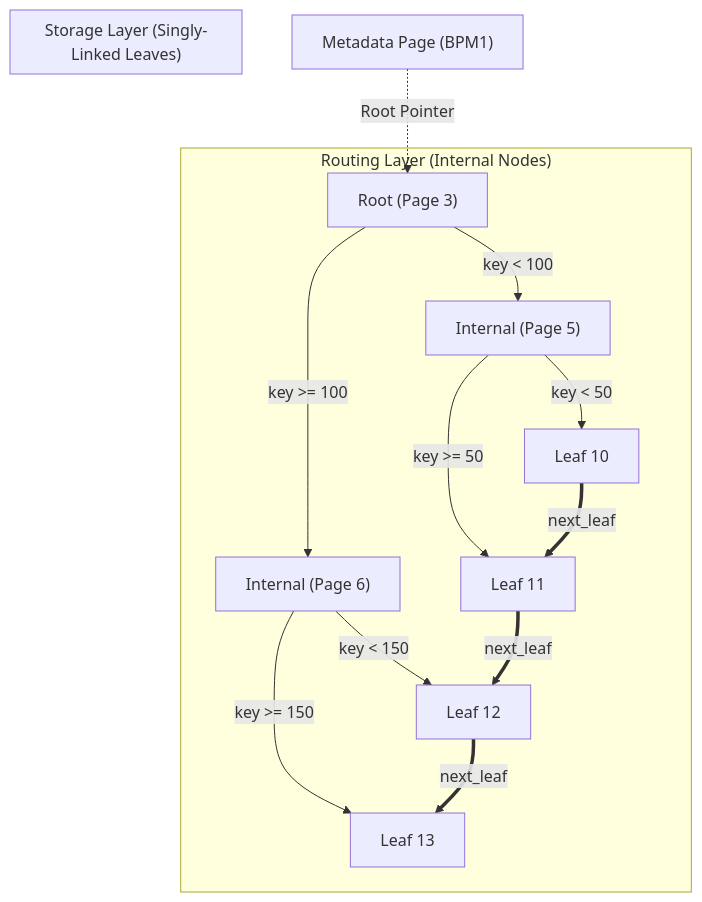
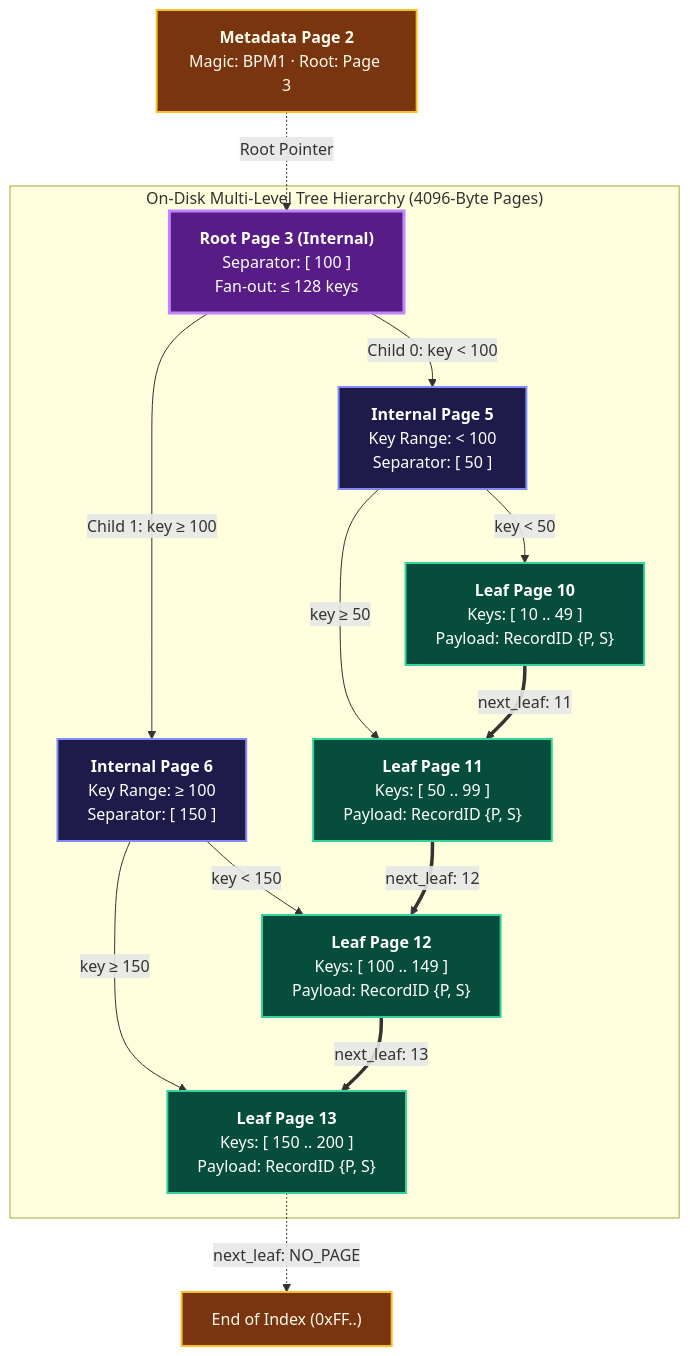
Before and after one commit to KAAZamapiloT/QUARTZ_DB: the first of 3 diagrams in docs/architecture/bplus-tree.md, drawn with Mermaid. The commit also changed 26 other files, not shown here.

````diff
--- a/docs/architecture/bplus-tree.md
+++ b/docs/architecture/bplus-tree.md
@@ -16,19 +16,35 @@
 ```mermaid
-graph TD
-    Meta["Metadata Page (BPM1)"] -.->|Root Pointer| Root
+flowchart TD
+    classDef meta fill:#78350f,stroke:#fbbf24,stroke-width:2px,color:#fffbeb;
+    classDef rootNode fill:#581c87,stroke:#c084fc,stroke-width:3px,color:#ffffff;
+    classDef intNode fill:#1e1b4b,stroke:#818cf8,stroke-width:2px,color:#ffffff;
+    classDef leafNode fill:#064e3b,stroke:#34d399,stroke-width:2px,color:#ffffff;
 
-    subgraph InternalNodes ["Routing Layer (Internal Nodes)"]
-        Root["Root (Page 3)"] -->|key &lt; 100| IntL["Internal (Page 5)"]
-        Root -->|key &gt;= 100| IntR["Internal (Page 6)"]
-        IntL -->|key &lt; 50| L1["Leaf 10"]
-        IntL -->|key &gt;= 50| L2["Leaf 11"]
-        IntR -->|key &lt; 150| L3["Leaf 12"]
-        IntR -->|key &gt;= 150| L4["Leaf 13"]
+    Meta["<b>Metadata Page 2</b><br>Magic: BPM1 · Root: Page 3"]:::meta
+    Meta -.->|Root Pointer| Root
+
+    subgraph Hierarchy ["On-Disk Multi-Level Tree Hierarchy (4096-Byte Pages)"]
+        Root["<b>Root Page 3 (Internal)</b><br>Separator: [ 100 ]<br>Fan-out: &le; 128 keys"]:::rootNode
+
+        IntL["<b>Internal Page 5</b><br>Key Range: &lt; 100<br>Separator: [ 50 ]"]:::intNode
+        IntR["<b>Internal Page 6</b><br>Key Range: &ge; 100<br>Separator: [ 150 ]"]:::intNode
+
+        Root -->|Child 0: key &lt; 100| IntL
+        Root -->|Child 1: key &ge; 100| IntR
+
+        L1["<b>Leaf Page 10</b><br>Keys: [ 10 .. 49 ]<br>Payload: RecordID {P, S}"]:::leafNode
+        L2["<b>Leaf Page 11</b><br>Keys: [ 50 .. 99 ]<br>Payload: RecordID {P, S}"]:::leafNode
+        L3["<b>Leaf Page 12</b><br>Keys: [ 100 .. 149 ]<br>Payload: RecordID {P, S}"]:::leafNode
+        L4["<b>Leaf Page 13</b><br>Keys: [ 150 .. 200 ]<br>Payload: RecordID {P, S}"]:::leafNode
+
+        IntL -->|key &lt; 50| L1
+        IntL -->|key &ge; 50| L2
+        IntR -->|key &lt; 150| L3
+        IntR -->|key &ge; 150| L4
     end
 
-    subgraph LeafChain ["Storage Layer (Singly-Linked Leaves)"]
-        L1 ==>|next_leaf| L2
-        L2 ==>|next_leaf| L3
-        L3 ==>|next_leaf| L4
-    end
+    L1 ==>|next_leaf: 11| L2
+    L2 ==>|next_leaf: 12| L3
+    L3 ==>|next_leaf: 13| L4
+    L4 -.->|next_leaf: NO_PAGE| Term["End of Index (0xFF..)"]:::meta
 ```
````
